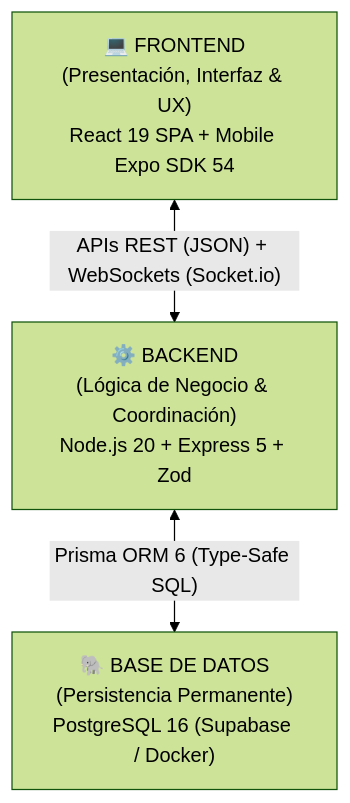
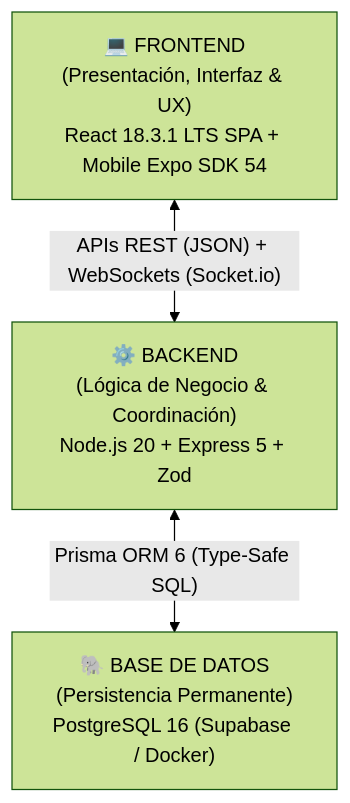
The first of 3 diagrams in docs/ARCHITECTURE.md (grupo-pinnacle/VetConnect), drawn with Mermaid (forest theme) before and after one commit. The commit also changed other lines of this file and 74 other files, not shown here.

````diff
--- a/docs/ARCHITECTURE.md
+++ b/docs/ARCHITECTURE.md
@@ -32,5 +32,5 @@
 ```mermaid
 graph TD
-    A["💻 FRONTEND\n(Presentación, Interfaz & UX)\nReact 19 SPA + Mobile Expo SDK 54"] <-->|"APIs REST (JSON) + WebSockets (Socket.io)"| B["⚙️ BACKEND\n(Lógica de Negocio & Coordinación)\nNode.js 20 + Express 5 + Zod"]
+    A["💻 FRONTEND\n(Presentación, Interfaz & UX)\nReact 18.3.1 LTS SPA + Mobile Expo SDK 54"] <-->|"APIs REST (JSON) + WebSockets (Socket.io)"| B["⚙️ BACKEND\n(Lógica de Negocio & Coordinación)\nNode.js 20 + Express 5 + Zod"]
     B <-->|"Prisma ORM 6 (Type-Safe SQL)"| C["🐘 BASE DE DATOS\n(Persistencia Permanente)\nPostgreSQL 16 (Supabase / Docker)"]
 ```
````
